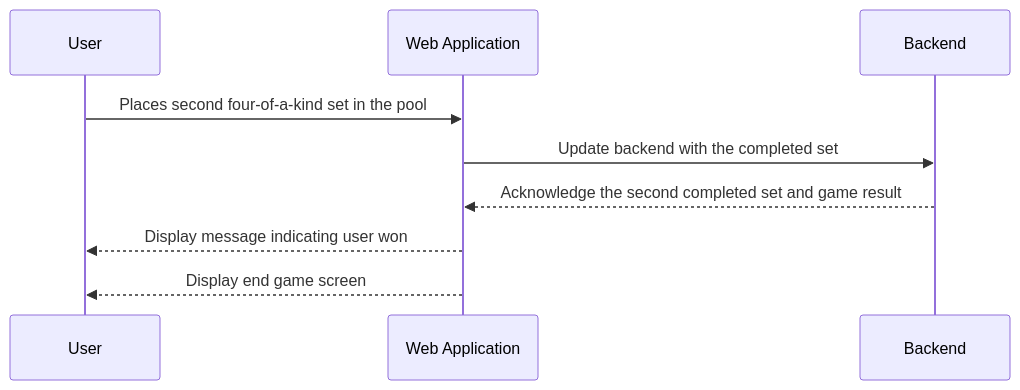
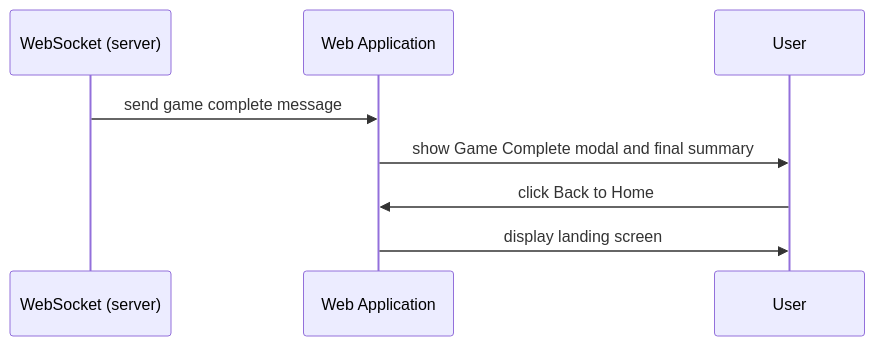
One commit to Capstone-Projects-2025-Spring/aac-go-fish changed diagram 19 of 19 in documentation/docs/system-architecture/use-case-sequences.md. Above: the diagram before and after it, drawn with Mermaid. The commit also changed other lines of this file and 1 other file, not shown here.

Commit message:
AGTC-117 Update use cases and sequences for new game

````diff
--- a/documentation/docs/system-architecture/use-case-sequences.md
+++ b/documentation/docs/system-architecture/use-case-sequences.md
@@ -230,12 +348,11 @@
 ```mermaid
 sequenceDiagram
+    participant Server as WebSocket (server)
+    participant WebApp as Web Application
     participant User
-    participant WebApplication as Web Application
-    participant Backend
 
-    User->>WebApplication: Places second four-of-a-kind set in the pool
-    WebApplication->>Backend: Update backend with the completed set
-    Backend-->>WebApplication: Acknowledge the second completed set and game result
-    WebApplication-->>User: Display message indicating user won
-    WebApplication-->>User: Display end game screen
+    Server->>WebApp: send game complete message
+    WebApp->>User: show Game Complete modal and final summary
+    User->>WebApp: click Back to Home
+    WebApp->>User: display landing screen
 ```
````
